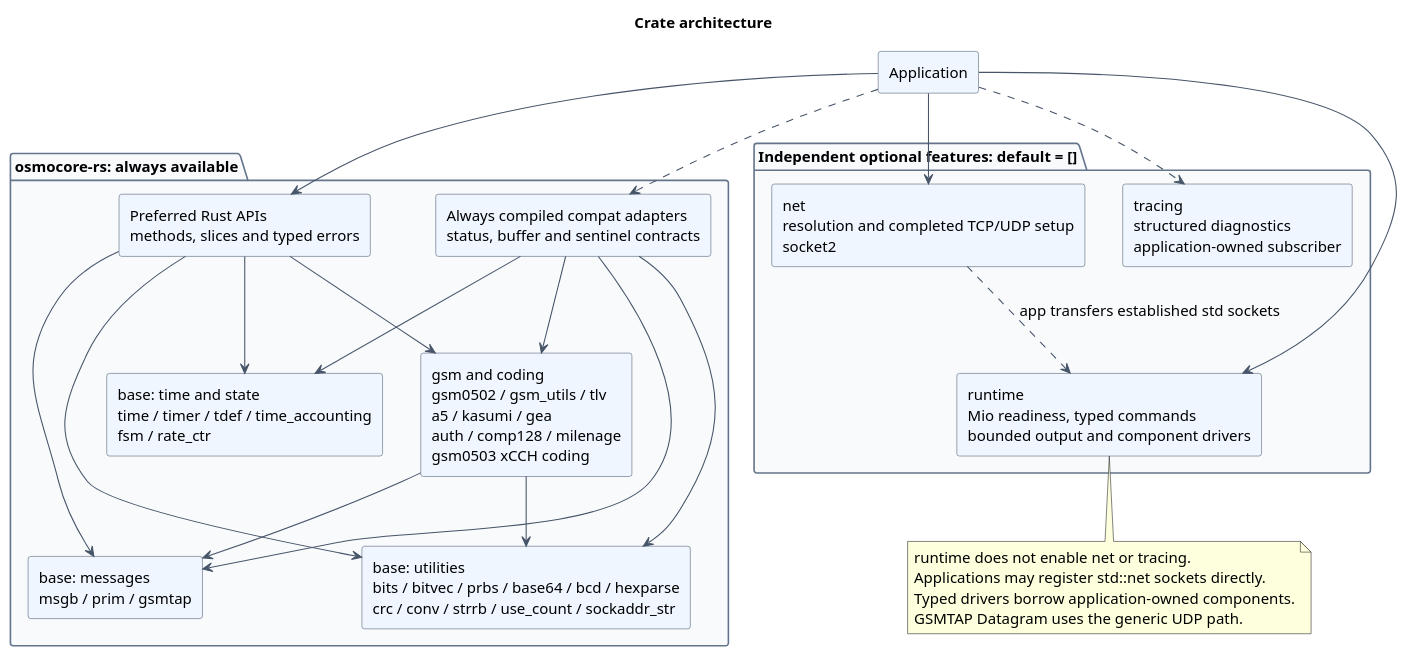
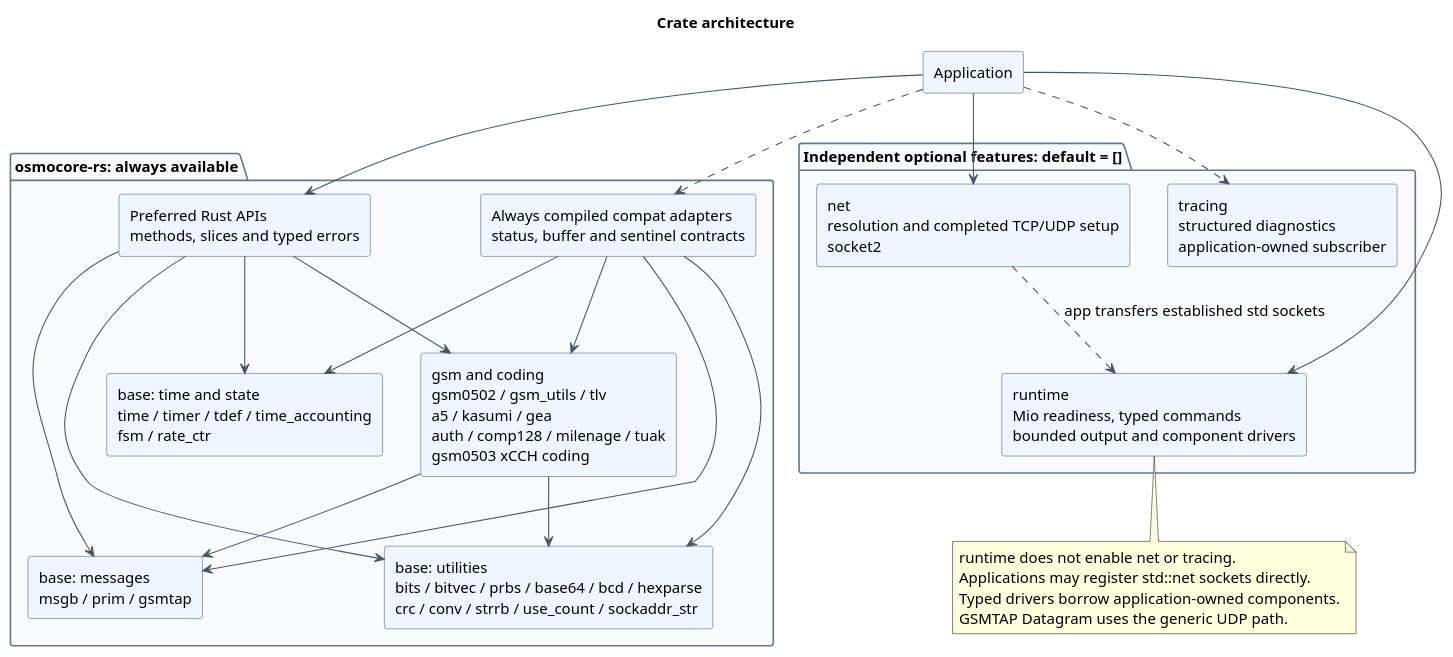
One commit to Silent-Wolf-Labs/osmocore-rs changed the diagram in docs/architecture/diagrams/src/crate-architecture.puml. Above: the diagram before and after it, drawn with PlantUML. The commit also changed 25 other files, not shown here.

Commit message:
feat(gsm): add TUAK authentication

```diff
--- a/docs/architecture/diagrams/src/crate-architecture.puml
+++ b/docs/architecture/diagrams/src/crate-architecture.puml
@@ -1,50 +1,50 @@
 @startuml
 title Crate architecture
 skinparam backgroundColor white
 skinparam shadowing false
 skinparam componentStyle rectangle
 skinparam defaultFontName SansSerif
 skinparam defaultFontSize 14
 skinparam ArrowColor #475569
 skinparam componentBackgroundColor #EFF6FF
 skinparam componentBorderColor #475569
 skinparam packageBackgroundColor #F8FAFC
 skinparam packageBorderColor #64748B
 top to bottom direction
 component "Application" as app
 package "osmocore-rs: always available" {
 component "Preferred Rust APIs\nmethods, slices and typed errors" as preferred
 component "Always compiled compat adapters\nstatus, buffer and sentinel contracts" as compat
 component "base: utilities\nbits / bitvec / prbs / base64 / bcd / hexparse\ncrc / conv / strrb / use_count / sockaddr_str" as utilities
 component "base: messages\nmsgb / prim / gsmtap" as messages
 component "base: time and state\ntime / timer / tdef / time_accounting\nfsm / rate_ctr" as components
-component "gsm and coding\ngsm0502 / gsm_utils / tlv\na5 / kasumi / gea\nauth / comp128 / milenage\ngsm0503 xCCH coding" as gsm
+component "gsm and coding\ngsm0502 / gsm_utils / tlv\na5 / kasumi / gea\nauth / comp128 / milenage / tuak\ngsm0503 xCCH coding" as gsm
 }
 package "Independent optional features: default = []" {
 component "net\nresolution and completed TCP/UDP setup\nsocket2" as net
 component "runtime\nMio readiness, typed commands\nbounded output and component drivers" as runtime
 component "tracing\nstructured diagnostics\napplication-owned subscriber" as tracing
 }
 app --> preferred
 app ..> compat
 preferred --> utilities
 preferred --> gsm
 preferred --> messages
 preferred --> components
 compat --> utilities
 compat --> gsm
 compat --> messages
 compat --> components
 gsm --> utilities
 gsm --> messages
 app --> net
 app --> runtime
 app ..> tracing
 net ..> runtime : app transfers established std sockets
 note bottom of runtime
 runtime does not enable net or tracing.
 Applications may register std::net sockets directly.
 Typed drivers borrow application-owned components.
 GSMTAP Datagram uses the generic UDP path.
 end note
 @enduml
```
